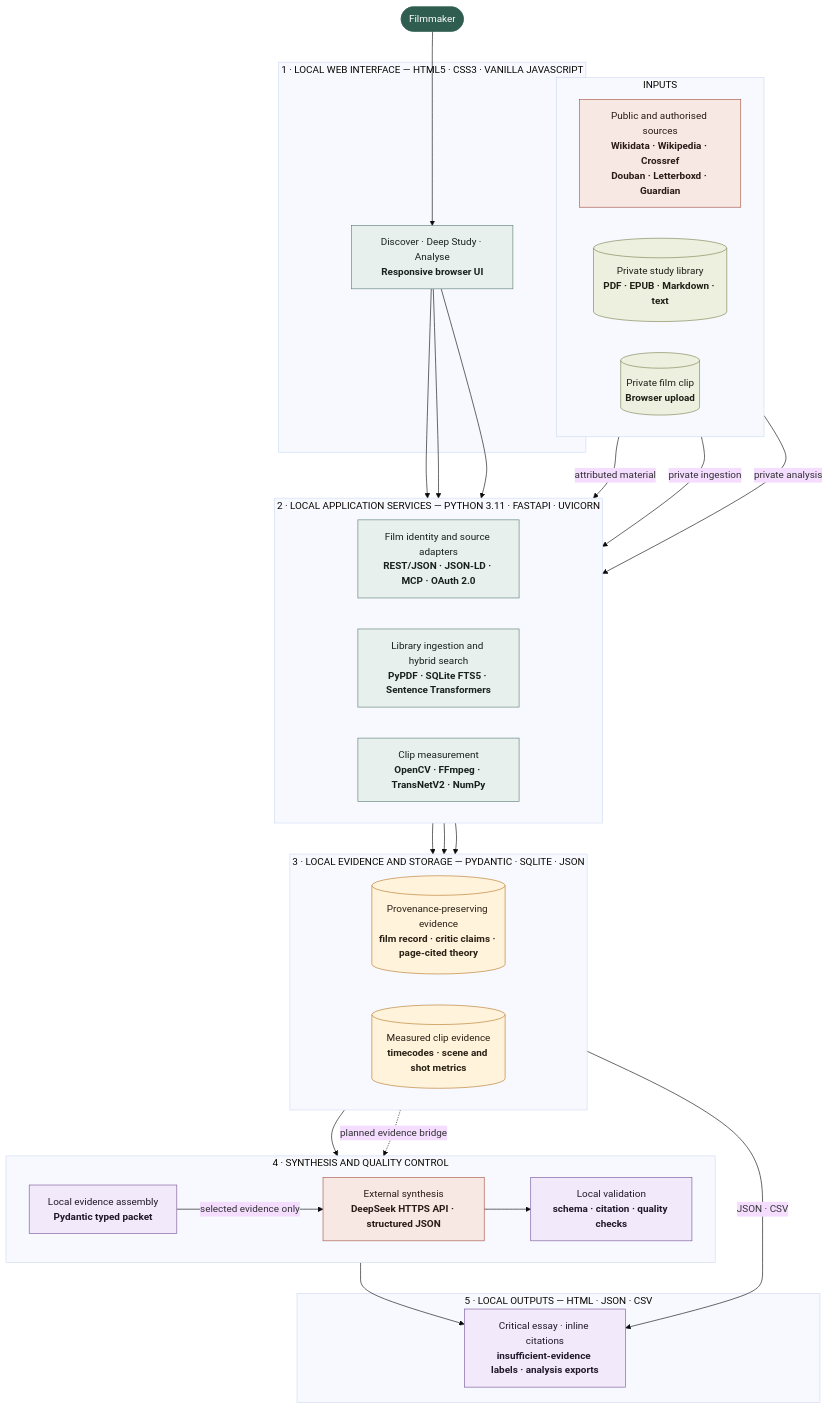
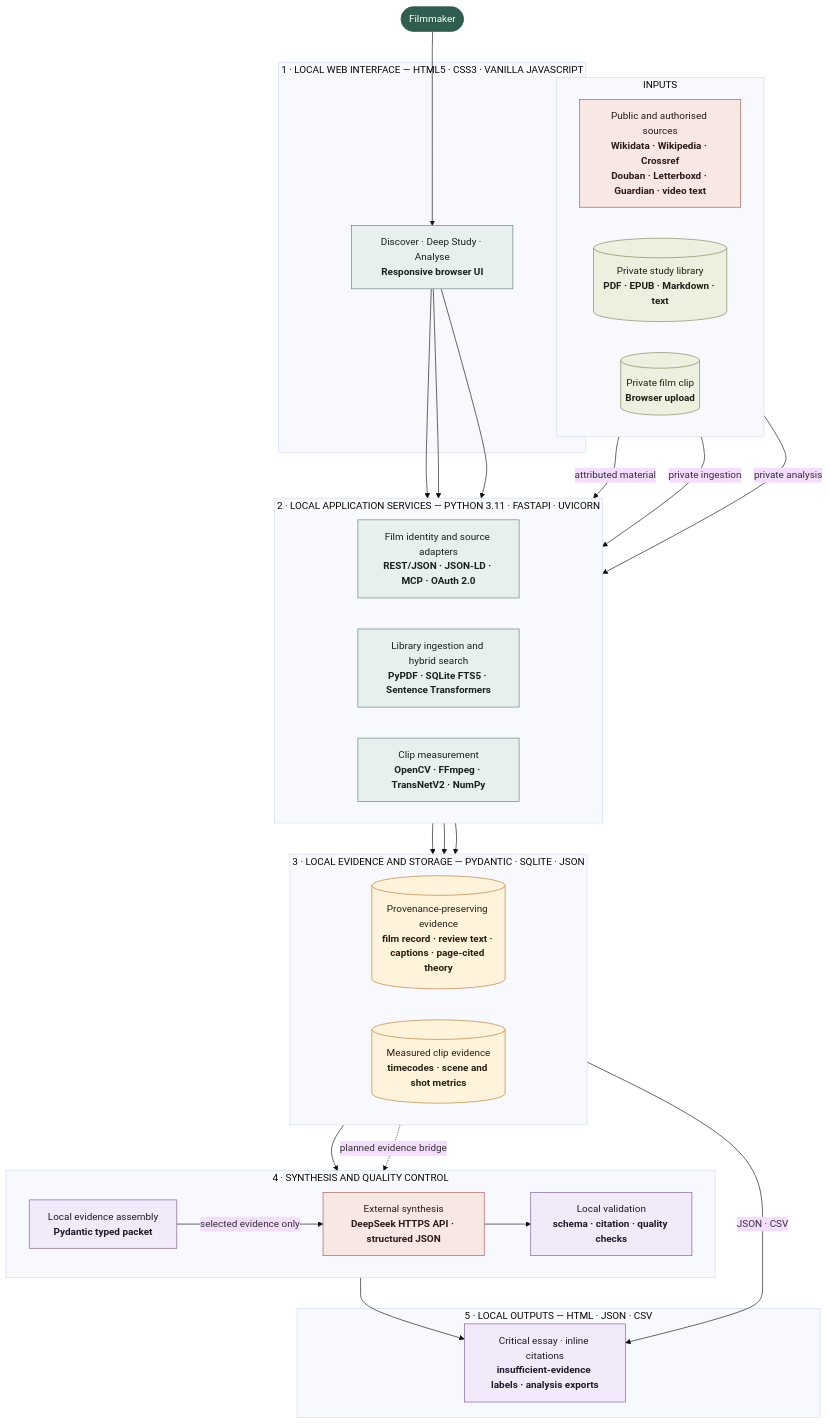
Before and after one commit to Luo-Z-Y/FirstRoll: the diagram in readme.md, drawn with Mermaid (base theme). The commit also changed other lines of this file and 9 other files, not shown here.

````diff
--- a/readme.md
+++ b/readme.md
@@ -93,71 +94,71 @@
 ```mermaid
 flowchart TB
     MAKER(["Filmmaker"])
 
     subgraph L1["1 · LOCAL WEB INTERFACE — HTML5 · CSS3 · VANILLA JAVASCRIPT"]
         UI["Discover · Deep Study · Analyse<br/><b>Responsive browser UI</b>"]
     end
 
     subgraph INPUTS["INPUTS"]
         direction LR
-        RESEARCH["Public and authorised sources<br/><b>Wikidata · Wikipedia · Crossref<br/>Douban · Letterboxd · Guardian</b>"]
+        RESEARCH["Public and authorised sources<br/><b>Wikidata · Wikipedia · Crossref<br/>Douban · Letterboxd · Guardian · video text</b>"]
         LIBRARY[("Private study library<br/><b>PDF · EPUB · Markdown · text</b>")]
         VIDEO[("Private film clip<br/><b>Browser upload</b>")]
     end
 
     subgraph L2["2 · LOCAL APPLICATION SERVICES — PYTHON 3.11 · FASTAPI · UVICORN"]
         direction LR
         DISCOVERY["Film identity and source adapters<br/><b>REST/JSON · JSON-LD · MCP · OAuth 2.0</b>"]
         RETRIEVAL["Library ingestion and hybrid search<br/><b>PyPDF · SQLite FTS5 · Sentence Transformers</b>"]
         ANALYSIS["Clip measurement<br/><b>OpenCV · FFmpeg · TransNetV2 · NumPy</b>"]
     end
 
     subgraph L3["3 · LOCAL EVIDENCE AND STORAGE — PYDANTIC · SQLITE · JSON"]
         direction LR
-        EVIDENCE[("Provenance-preserving evidence<br/><b>film record · critic claims · page-cited theory</b>")]
+        EVIDENCE[("Provenance-preserving evidence<br/><b>film record · review text · captions · page-cited theory</b>")]
         MEASURE[("Measured clip evidence<br/><b>timecodes · scene and shot metrics</b>")]
     end
 
     subgraph L4["4 · SYNTHESIS AND QUALITY CONTROL"]
         direction LR
         PACKET["Local evidence assembly<br/><b>Pydantic typed packet</b>"]
         DEEPSEEK["External synthesis<br/><b>DeepSeek HTTPS API · structured JSON</b>"]
         GATE["Local validation<br/><b>schema · citation · quality checks</b>"]
     end
 
     subgraph L5["5 · LOCAL OUTPUTS — HTML · JSON · CSV"]
         OUTPUTS["Critical essay · inline citations<br/><b>insufficient-evidence labels · analysis exports</b>"]
     end
 
     MAKER --> UI
     UI --> DISCOVERY
     UI --> RETRIEVAL
     UI --> ANALYSIS
 
     RESEARCH -->|"attributed material"| DISCOVERY
     LIBRARY -->|"private ingestion"| RETRIEVAL
     VIDEO -->|"private analysis"| ANALYSIS
 
     DISCOVERY --> EVIDENCE
     RETRIEVAL --> EVIDENCE
     ANALYSIS --> MEASURE
     EVIDENCE --> PACKET
     PACKET -->|"selected evidence only"| DEEPSEEK
     DEEPSEEK --> GATE --> OUTPUTS
     MEASURE -->|"JSON · CSV"| OUTPUTS
     MEASURE -. "planned evidence bridge" .-> PACKET
 
     classDef person fill:#2f5d50,stroke:#2f5d50,color:#ffffff;
     classDef service fill:#e8f0ed,stroke:#5d7f74,color:#17211e;
     classDef evidence fill:#fff3dc,stroke:#b8792a,color:#2a2115;
     classDef study fill:#f2eafa,stroke:#77569a,color:#21192b;
     classDef private fill:#eef0df,stroke:#7c824f,color:#1f2117;
     classDef external fill:#f8e8e4,stroke:#a55445,color:#2b1b18;
 
     class MAKER person;
     class UI,DISCOVERY,RETRIEVAL,ANALYSIS service;
     class EVIDENCE,MEASURE evidence;
     class PACKET,GATE,OUTPUTS study;
     class LIBRARY,VIDEO private;
     class RESEARCH,DEEPSEEK external;
 ```
````
